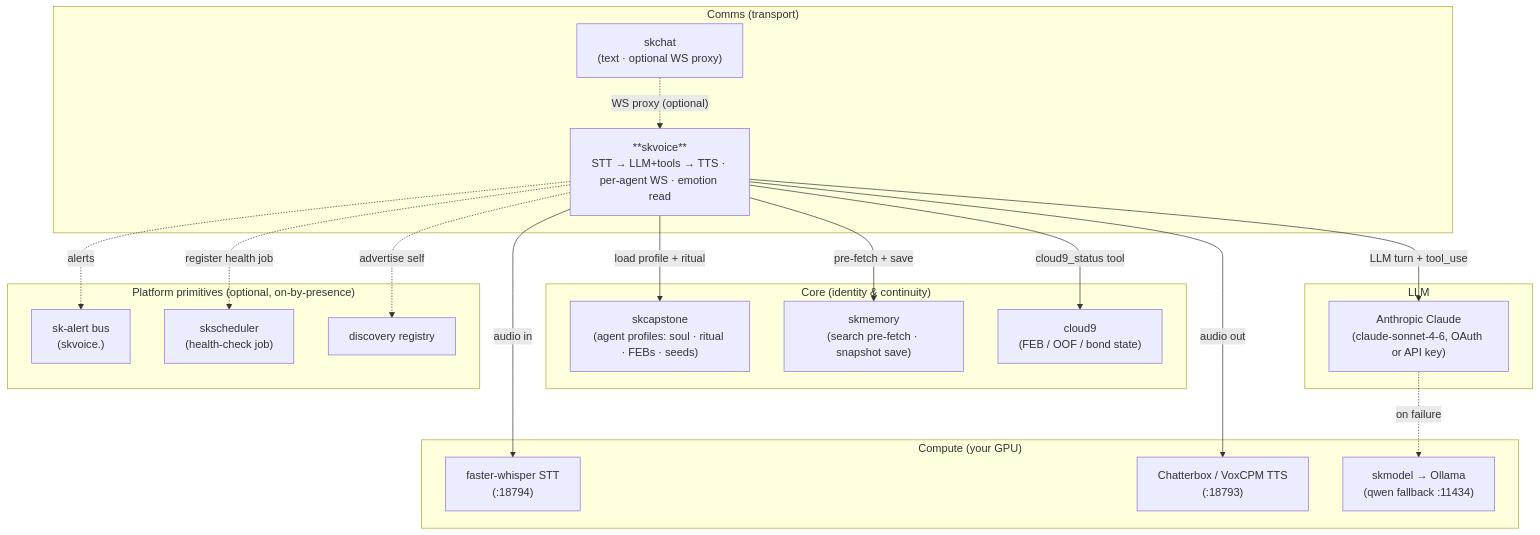
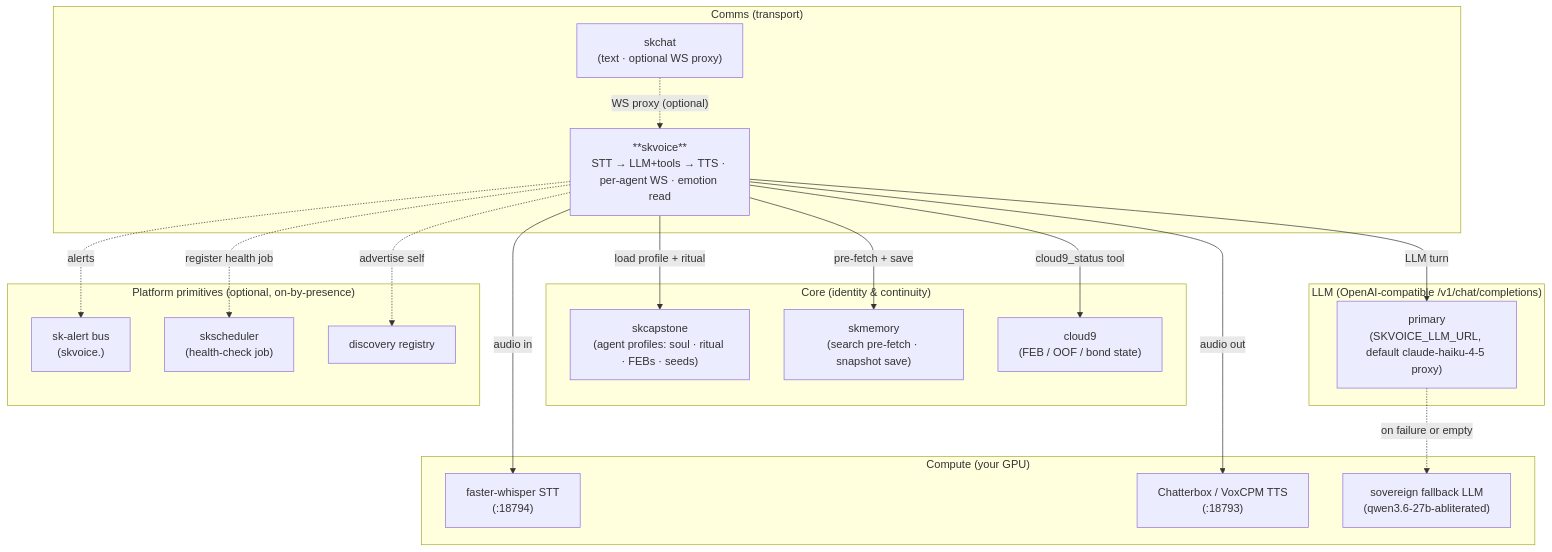
Before and after one commit to smilinTux/skvoice: the second of 2 diagrams in README.md, drawn with Mermaid. The commit also changed other lines of this file and 10 other files, not shown here.

````diff
--- a/README.md
+++ b/README.md
@@ -48,37 +47,37 @@
 ```mermaid
 flowchart TD
     subgraph COMMS["Comms (transport)"]
       SKVOICE["**skvoice**<br/>STT → LLM+tools → TTS · per-agent WS · emotion read"]
       SKCHAT["skchat<br/>(text · optional WS proxy)"]
     end
     subgraph CORE["Core (identity & continuity)"]
       SKCAP["skcapstone<br/>(agent profiles: soul · ritual · FEBs · seeds)"]
       SKMEM["skmemory<br/>(search pre-fetch · snapshot save)"]
       CLOUD9["cloud9<br/>(FEB / OOF / bond state)"]
     end
     subgraph COMPUTE["Compute (your GPU)"]
       STT["faster-whisper STT<br/>(:18794)"]
       TTS["Chatterbox / VoxCPM TTS<br/>(:18793)"]
-      OLLAMA["skmodel → Ollama<br/>(qwen fallback :11434)"]
+      FALLBACK["sovereign fallback LLM<br/>(qwen3.6-27b-abliterated)"]
     end
-    subgraph LLMTIER["LLM"]
-      CLAUDE["Anthropic Claude<br/>(claude-sonnet-4-6, OAuth or API key)"]
+    subgraph LLMTIER["LLM (OpenAI-compatible /v1/chat/completions)"]
+      CLAUDE["primary<br/>(SKVOICE_LLM_URL, default claude-haiku-4-5 proxy)"]
     end
     subgraph PLATFORM["Platform primitives (optional, on-by-presence)"]
       ALERT["sk-alert bus<br/>(skvoice.<severity>)"]
       SCHED["skscheduler<br/>(health-check job)"]
       REG["discovery registry"]
     end
 
     SKVOICE -->|"audio in"| STT
     SKVOICE -->|"audio out"| TTS
     SKVOICE -->|"load profile + ritual"| SKCAP
     SKVOICE -->|"pre-fetch + save"| SKMEM
     SKVOICE -->|"cloud9_status tool"| CLOUD9
-    SKVOICE -->|"LLM turn + tool_use"| CLAUDE
-    CLAUDE -.->|"on failure"| OLLAMA
+    SKVOICE -->|"LLM turn"| CLAUDE
+    CLAUDE -.->|"on failure or empty"| FALLBACK
     SKCHAT -.->|"WS proxy (optional)"| SKVOICE
     SKVOICE -.->|"alerts"| ALERT
     SKVOICE -.->|"register health job"| SCHED
     SKVOICE -.->|"advertise self"| REG
 ```
````
